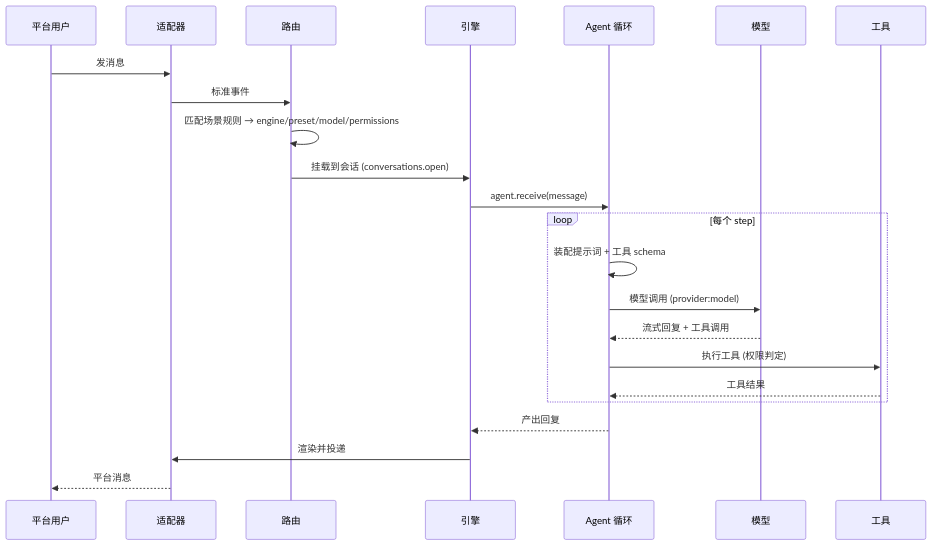
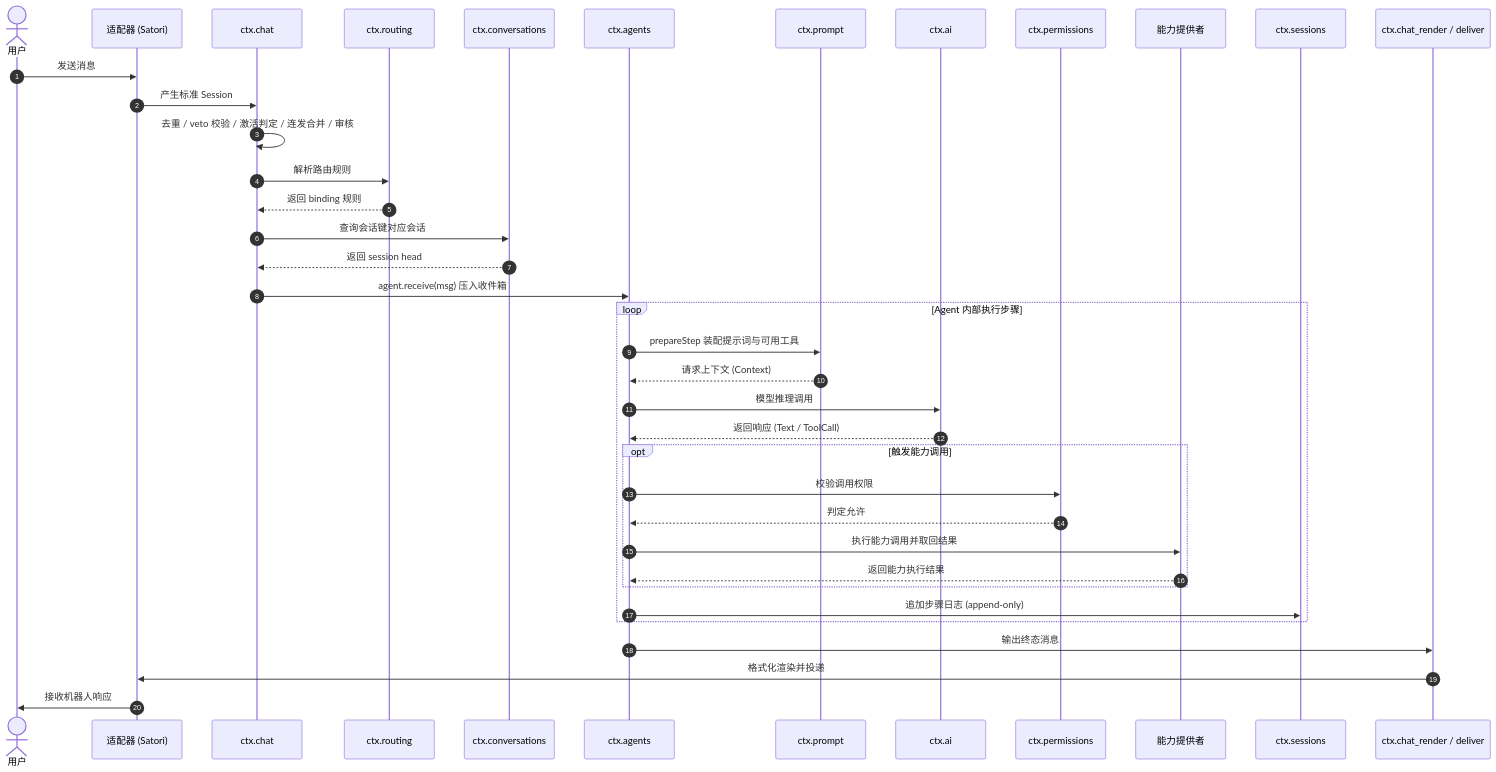
One commit to ChatLunaLab/doc changed the second of 2 diagrams in docs/architecture/index.md. Above: the diagram before and after it, drawn with Mermaid. The commit also changed other lines of this file and 17 other files, not shown here.

First line of the commit message:
docs: deepen v2 architecture and manual guides

````diff
--- a/docs/architecture/index.md
+++ b/docs/architecture/index.md
@@ -78,26 +66,41 @@
 ```mermaid
 sequenceDiagram
-    participant P as 平台用户
-    participant A as 适配器
-    participant R as 路由
-    participant E as 引擎
-    participant L as Agent 循环
-    participant M as 模型
-    participant T as 工具
+    autonumber
+    actor User as 用户
+    participant Adapter as 适配器 (Satori)
+    participant Chat as ctx.chat
+    participant Routing as ctx.routing
+    participant Conv as ctx.conversations
+    participant Agent as ctx.agents
+    participant Prompt as ctx.prompt
+    participant AI as ctx.ai
+    participant Perm as ctx.permissions
+    participant Tools as 能力提供者
+    participant Session as ctx.sessions
+    participant Deliver as ctx.chat_render / deliver
 
-    P->>A: 发消息
-    A->>R: 标准事件
-    R->>R: 匹配场景规则 → engine/preset/model/permissions
-    R->>E: 挂载到会话 (conversations.open)
-    E->>L: agent.receive(message)
-    loop 每个 step
-        L->>L: 装配提示词 + 工具 schema
-        L->>M: 模型调用 (provider:model)
-        M-->>L: 流式回复 + 工具调用
-        L->>T: 执行工具 (权限判定)
-        T-->>L: 工具结果
+    User->>Adapter: 发送消息
+    Adapter->>Chat: 产生标准 Session
+    Chat->>Chat: 去重 / veto 校验 / 激活判定 / 连发合并 / 审核
+    Chat->>Routing: 解析路由规则
+    Routing-->>Chat: 返回 binding 规则
+    Chat->>Conv: 查询会话键对应会话
+    Conv-->>Chat: 返回 session head
+    Chat->>Agent: agent.receive(msg) 压入收件箱
+    loop Agent 内部执行步骤
+        Agent->>Prompt: prepareStep 装配提示词与可用工具
+        Prompt-->>Agent: 请求上下文 (Context)
+        Agent->>AI: 模型推理调用
+        AI-->>Agent: 返回响应 (Text / ToolCall)
+        opt 触发能力调用
+            Agent->>Perm: 校验调用权限
+            Perm-->>Agent: 判定允许
+            Agent->>Tools: 执行能力调用并取回结果
+            Tools-->>Agent: 返回能力执行结果
+        end
+        Agent->>Session: 追加步骤日志 (append-only)
     end
-    L-->>E: 产出回复
-    E->>A: 渲染并投递
-    A-->>P: 平台消息
+    Agent->>Deliver: 输出终态消息
+    Deliver->>Adapter: 格式化渲染并投递
+    Adapter->>User: 接收机器人响应
 ```
````
